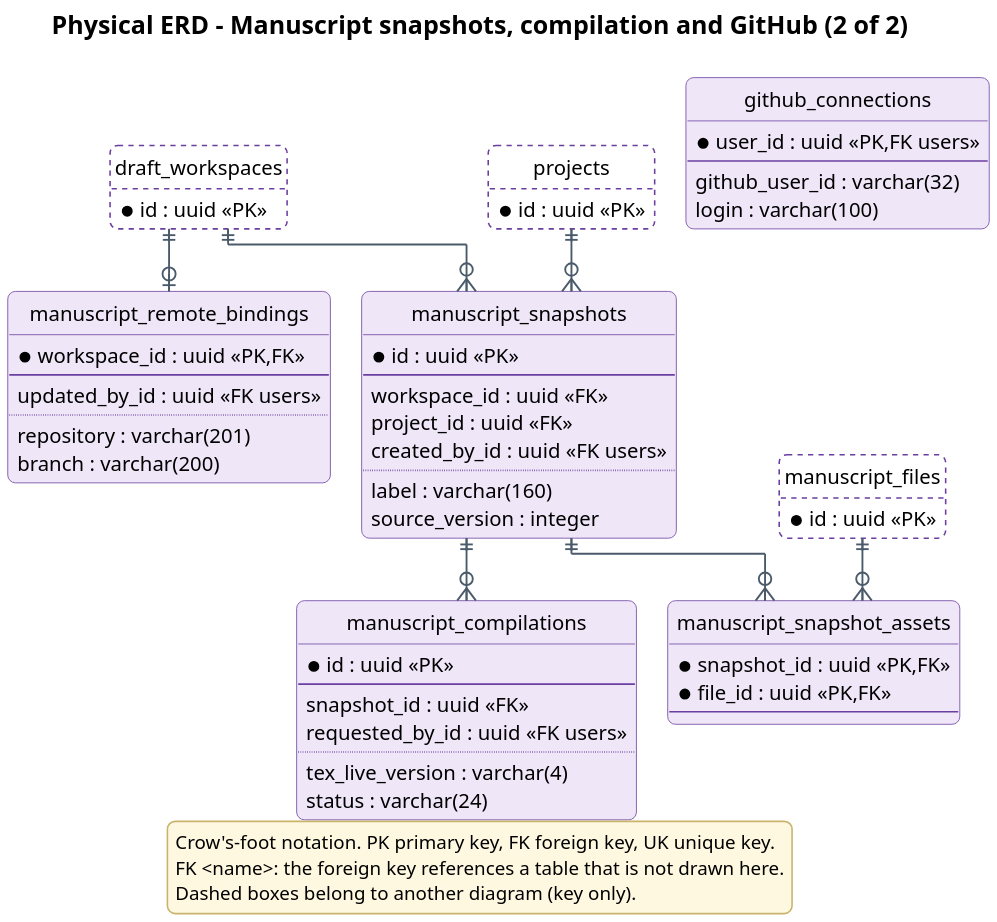
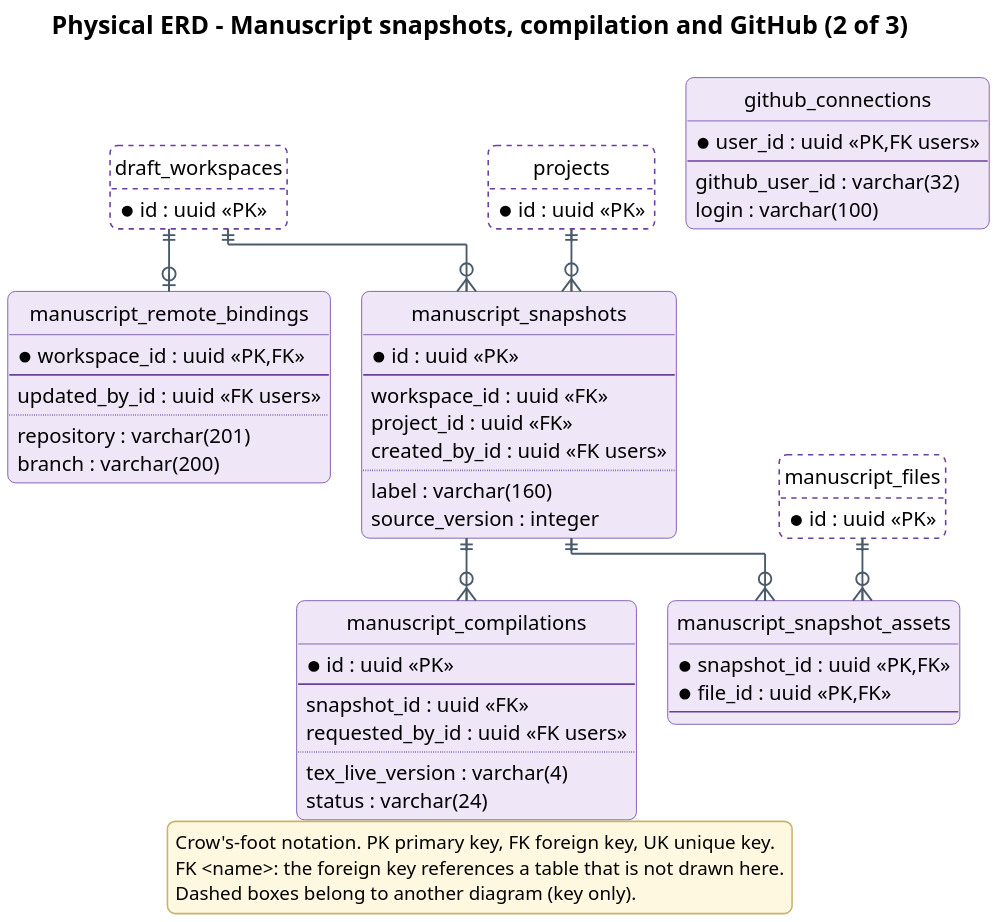
The diagram in docs/diagrams/report4/R4_ERD_manuscript_b.puml (Khoa-Hoa-Technology-Solution-Company/lumi-gap), drawn with PlantUML before and after one commit. The commit also changed 202 other files, not shown here.

First line of the commit message:
docs: relayout report diagrams with orthogonal hand-placed layouts

```diff
--- a/docs/diagrams/report4/R4_ERD_manuscript_b.puml
+++ b/docs/diagrams/report4/R4_ERD_manuscript_b.puml
@@ -1,86 +1,86 @@
 @startuml
 !pragma layout elk
 skinparam dpi 200
 skinparam defaultFontName "Segoe UI"
 skinparam defaultFontSize 13
 skinparam shadowing false
 skinparam roundCorner 10
 skinparam backgroundColor #FFFFFF
 skinparam ArrowColor #4A5A6A
 skinparam ArrowThickness 1.2
 skinparam ArrowFontSize 12
 skinparam ArrowFontColor #4A5A6A
 skinparam TitleFontSize 16
 skinparam TitleFontStyle bold
 skinparam entity {
   BackgroundColor #EFE6F8
   BorderColor #6A3FA0
 }
 skinparam legend {
   BackgroundColor #FFF8E1
   BorderColor #C9B36B
   FontSize 12
 }
 skinparam stereotypeFontSize 10
 hide circle
 hide empty methods
-title Physical ERD - Manuscript snapshots, compilation and GitHub (2 of 2)
+title Physical ERD - Manuscript snapshots, compilation and GitHub (2 of 3)
 entity manuscript_snapshots #EFE6F8;line:6A3FA0 {
   * id : uuid <<PK>>
   --
   workspace_id : uuid <<FK>>
   project_id : uuid <<FK>>
   created_by_id : uuid <<FK users>>
   ..
   label : varchar(160)
   source_version : integer
 }
 entity manuscript_snapshot_assets #EFE6F8;line:6A3FA0 {
   * snapshot_id : uuid <<PK,FK>>
   * file_id : uuid <<PK,FK>>
   --
 }
 entity manuscript_compilations #EFE6F8;line:6A3FA0 {
   * id : uuid <<PK>>
   --
   snapshot_id : uuid <<FK>>
   requested_by_id : uuid <<FK users>>
   ..
   tex_live_version : varchar(4)
   status : varchar(24)
 }
 entity manuscript_remote_bindings #EFE6F8;line:6A3FA0 {
   * workspace_id : uuid <<PK,FK>>
   --
   updated_by_id : uuid <<FK users>>
   ..
   repository : varchar(201)
   branch : varchar(200)
 }
 entity github_connections #EFE6F8;line:6A3FA0 {
   * user_id : uuid <<PK,FK users>>
   --
   github_user_id : varchar(32)
   login : varchar(100)
 }
 entity projects #FFFFFF;line:6A3FA0;line.dashed {
   * id : uuid <<PK>>
 }
 entity draft_workspaces #FFFFFF;line:6A3FA0;line.dashed {
   * id : uuid <<PK>>
 }
 entity manuscript_files #FFFFFF;line:6A3FA0;line.dashed {
   * id : uuid <<PK>>
 }
 draft_workspaces ||--o| manuscript_remote_bindings
 draft_workspaces ||--o{ manuscript_snapshots
 manuscript_files ||--o{ manuscript_snapshot_assets
 manuscript_snapshots ||--o{ manuscript_compilations
 manuscript_snapshots ||--o{ manuscript_snapshot_assets
 projects ||--o{ manuscript_snapshots
 legend bottom
 Crow's-foot notation. PK primary key, FK foreign key, UK unique key.
 FK <name>: the foreign key references a table that is not drawn here.
 Dashed boxes belong to another diagram (key only).
 endlegend
 @enduml
```
